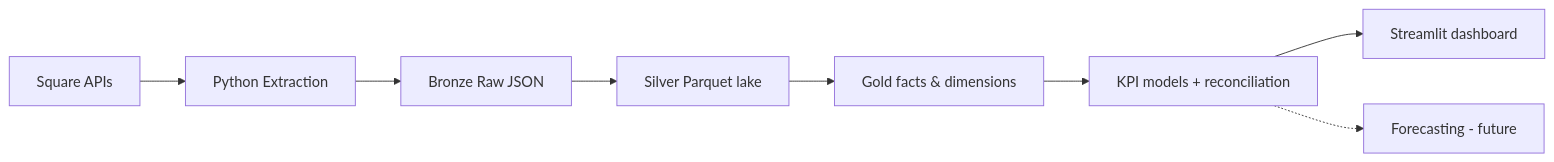
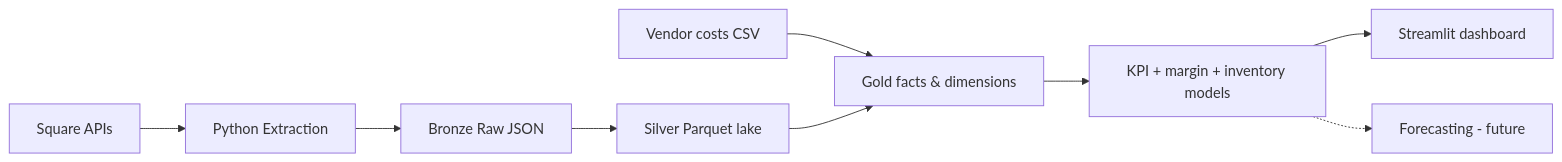
The diagram in README.md (christhesyrian/retailpulse-data-platform), drawn with Mermaid before and after one commit. The commit also changed other lines of this file and 5 other files, not shown here.

First line of the commit message:
docs: document M5 inventory, vendor costs, margin, and production switch

````diff
--- a/README.md
+++ b/README.md
@@ -27,10 +27,11 @@
 ```mermaid
 flowchart LR
     A[Square APIs] --> B[Python Extraction]
+    V[Vendor costs CSV] --> E
     B --> C[Bronze Raw JSON]
     C --> D[Silver Parquet lake]
     D --> E[Gold facts & dimensions]
-    E --> K[KPI models + reconciliation]
+    E --> K[KPI + margin + inventory models]
     K --> F[Streamlit dashboard]
     K -.-> G[Forecasting - future]
 ```
````
